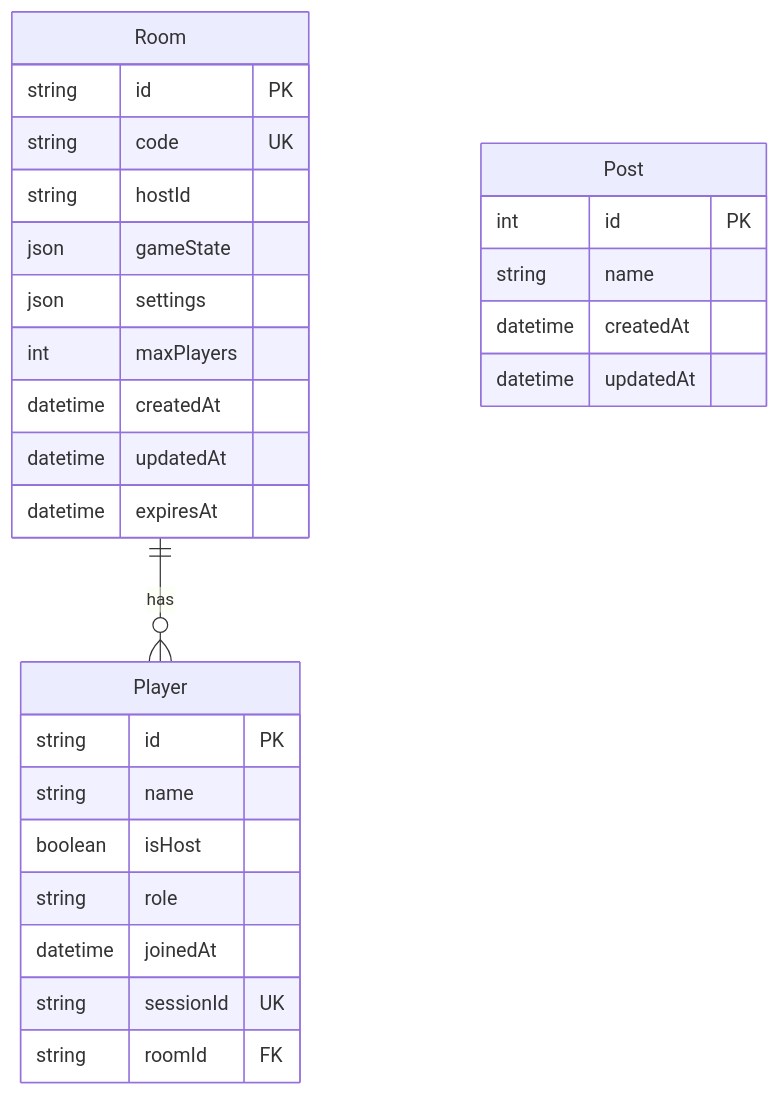
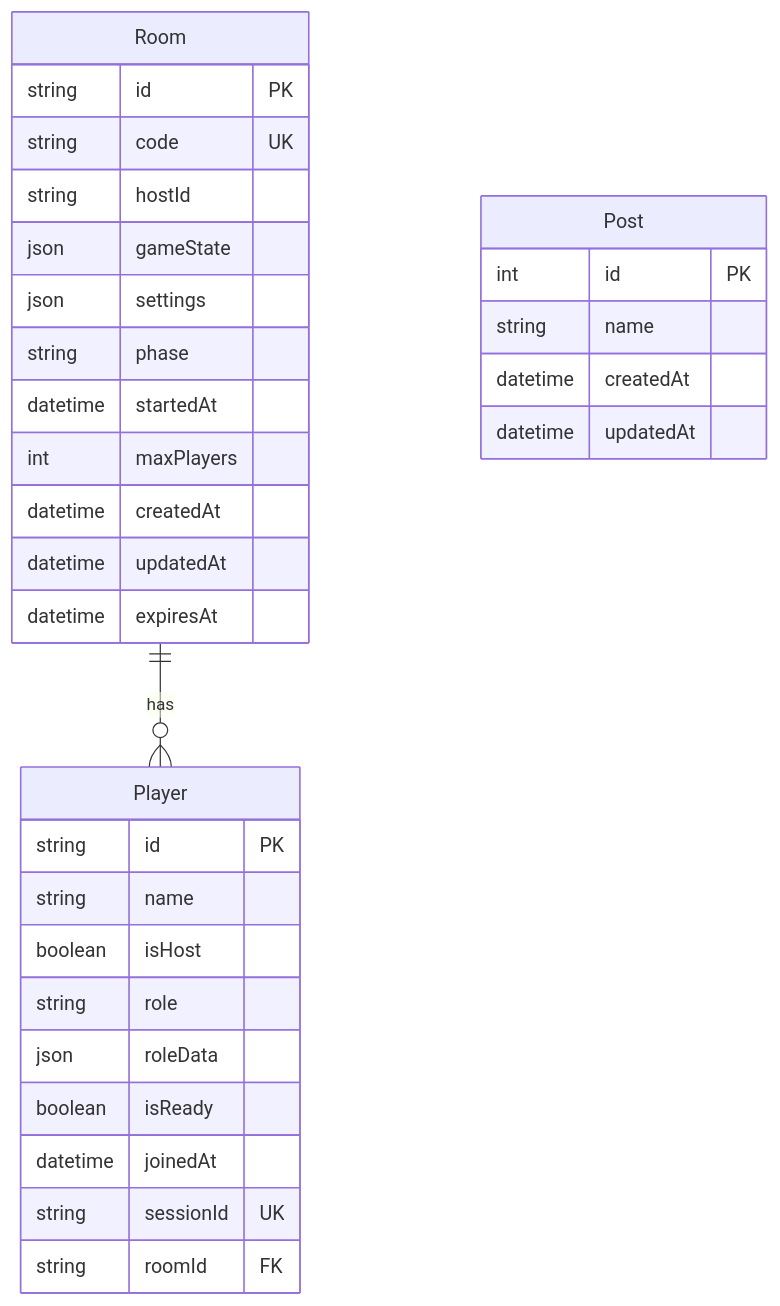
One commit to kent-leow/avalon changed the diagram in docs/erd.md. Above: the diagram before and after it, drawn with Mermaid. The commit also changed other lines of this file and 5 other files, not shown here.

````diff
--- a/docs/erd.md
+++ b/docs/erd.md
@@ -128,33 +158,37 @@
 ```mermaid
 erDiagram
     Room {
         string id PK
         string code UK
         string hostId
         json gameState
         json settings
+        string phase
+        datetime startedAt
         int maxPlayers
         datetime createdAt
         datetime updatedAt
         datetime expiresAt
     }
     
     Player {
         string id PK
         string name
         boolean isHost
         string role
+        json roleData
+        boolean isReady
         datetime joinedAt
         string sessionId UK
         string roomId FK
     }
     
     Post {
         int id PK
         string name
         datetime createdAt
         datetime updatedAt
     }
     
     Room ||--o{ Player : "has"
 ```
````
